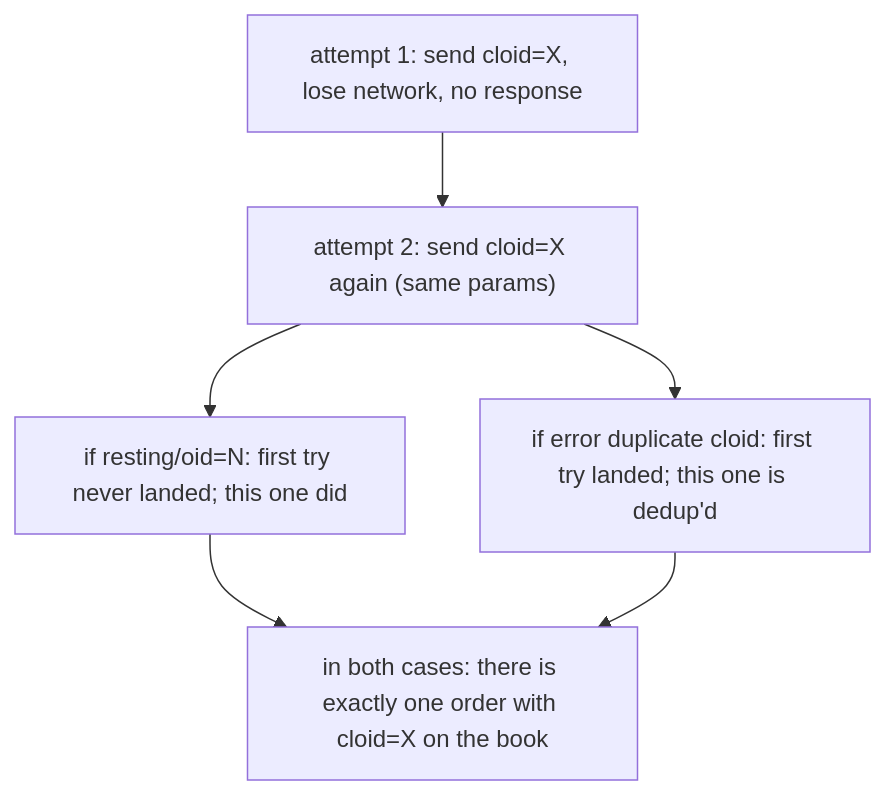
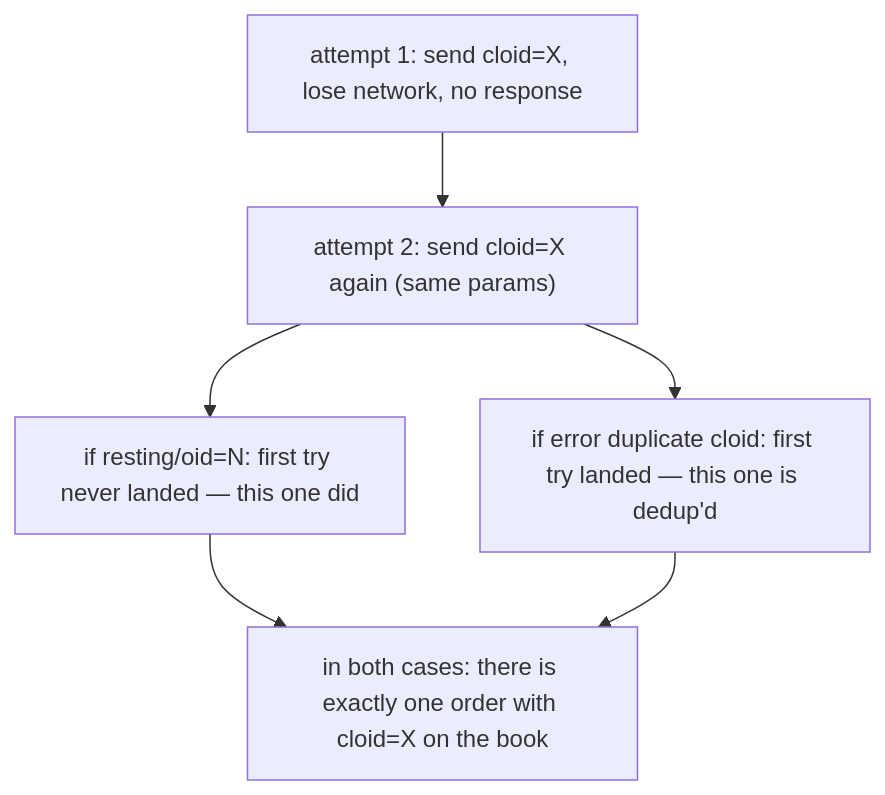
The second of 3 diagrams in docs/integration/idempotency.md (mtf-exchange/metaflux-knowledges), drawn with Mermaid before and after one commit. The commit also changed other lines of this file and 176 other files, not shown here.

First line of the commit message:
docs: split info by product, fix mermaid, drop sprint/diff wording, faster builds

````diff
--- a/docs/integration/idempotency.md
+++ b/docs/integration/idempotency.md
@@ -70,10 +70,10 @@
 ```mermaid
 flowchart TD
     A1["attempt 1: send cloid=X, lose network, no response"]
     A2["attempt 2: send cloid=X again (same params)"]
     A1 --> A2
-    A2 --> RESTING["if resting/oid=N: first try never landed; this one did"]
-    A2 --> DUP["if error duplicate cloid: first try landed; this one is dedup'd"]
+    A2 --> RESTING["if resting/oid=N: first try never landed — this one did"]
+    A2 --> DUP["if error duplicate cloid: first try landed — this one is dedup'd"]
     RESTING --> RESULT["in both cases: there is exactly one order with cloid=X on the book"]
     DUP --> RESULT
 ```
````
